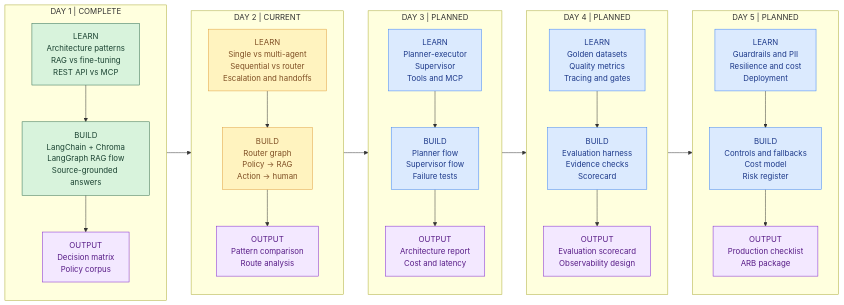
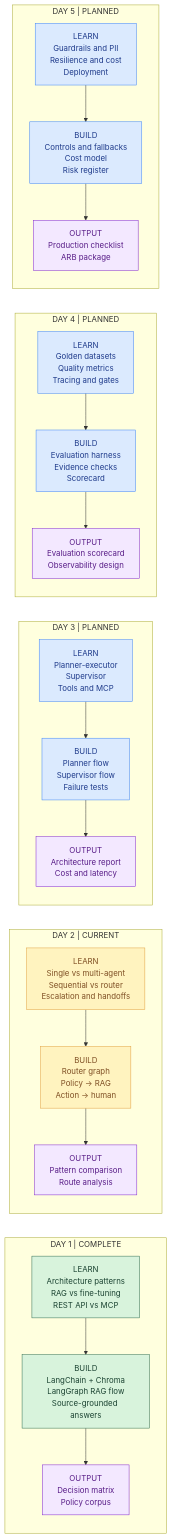
Before and after one commit to rakeshmatha/advanced-agentic-ai: the diagram in README.md, drawn with Mermaid.

Commit message:
Keep day grid stages vertical

````diff
--- a/README.md
+++ b/README.md
@@ -39,37 +39,32 @@
 ```mermaid
 flowchart LR
     subgraph DAY1["DAY 1 | COMPLETE"]
         direction TB
         D1T["LEARN\nArchitecture patterns\nRAG vs fine-tuning\nREST API vs MCP"] --> D1B["BUILD\nLangChain + Chroma\nLangGraph RAG flow\nSource-grounded answers"] --> D1O["OUTPUT\nDecision matrix\nPolicy corpus"]
     end
     subgraph DAY2["DAY 2 | CURRENT"]
         direction TB
         D2T["LEARN\nSingle vs multi-agent\nSequential vs router\nEscalation and handoffs"] --> D2B["BUILD\nRouter graph\nPolicy -> RAG\nAction -> human"] --> D2O["OUTPUT\nPattern comparison\nRoute analysis"]
     end
     subgraph DAY3["DAY 3 | PLANNED"]
         direction TB
         D3T["LEARN\nPlanner-executor\nSupervisor\nTools and MCP"] --> D3B["BUILD\nPlanner flow\nSupervisor flow\nFailure tests"] --> D3O["OUTPUT\nArchitecture report\nCost and latency"]
     end
     subgraph DAY4["DAY 4 | PLANNED"]
         direction TB
         D4T["LEARN\nGolden datasets\nQuality metrics\nTracing and gates"] --> D4B["BUILD\nEvaluation harness\nEvidence checks\nScorecard"] --> D4O["OUTPUT\nEvaluation scorecard\nObservability design"]
     end
     subgraph DAY5["DAY 5 | PLANNED"]
         direction TB
         D5T["LEARN\nGuardrails and PII\nResilience and cost\nDeployment"] --> D5B["BUILD\nControls and fallbacks\nCost model\nRisk register"] --> D5O["OUTPUT\nProduction checklist\nARB package"]
     end
 
-    D1O --> D2T
-    D2O --> D3T
-    D3O --> D4T
-    D4O --> D5T
-
     classDef complete fill:#d8f3dc,stroke:#2d6a4f,color:#1b4332
     classDef current fill:#fff3bf,stroke:#e09f3e,color:#7f4f24
     classDef planned fill:#dbeafe,stroke:#3b82f6,color:#1e3a8a
     classDef deliverable fill:#f3e8ff,stroke:#7e22ce,color:#581c87
     class D1T,D1B complete
     class D1O,D2O,D3O,D4O,D5O deliverable
     class D2T,D2B current
     class D3T,D3B,D4T,D4B,D5T,D5B planned
 ```
````
